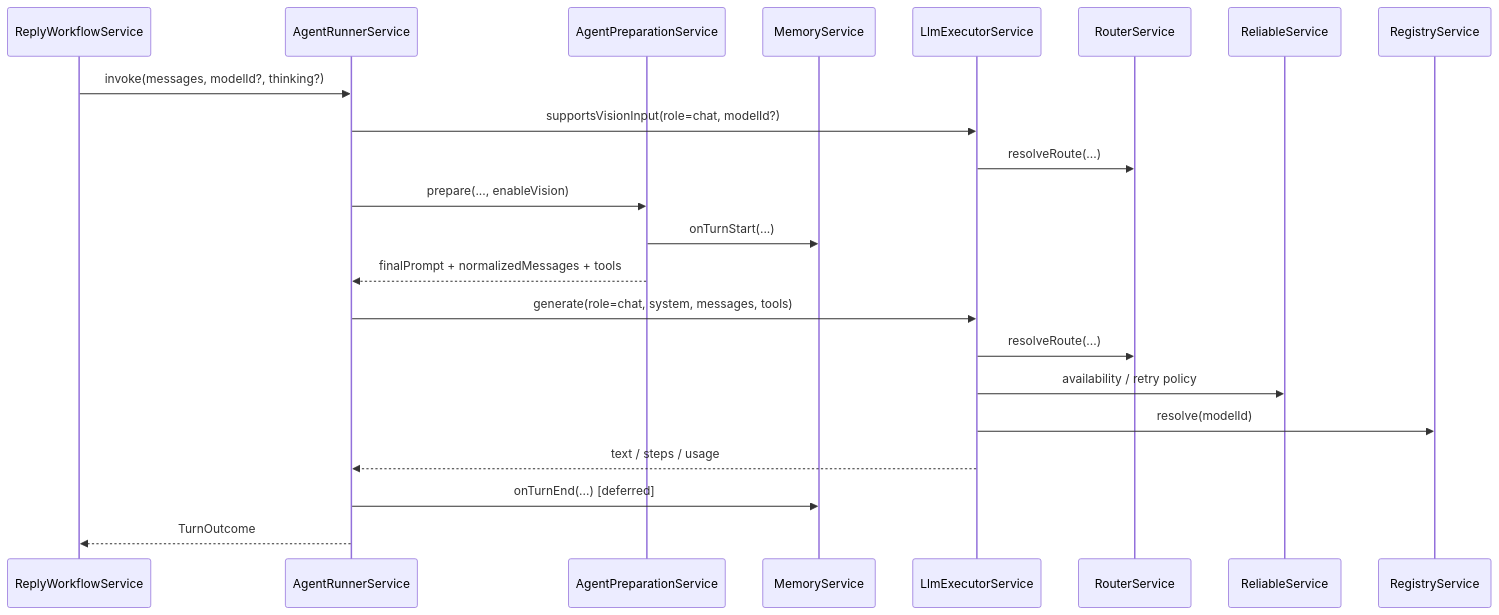
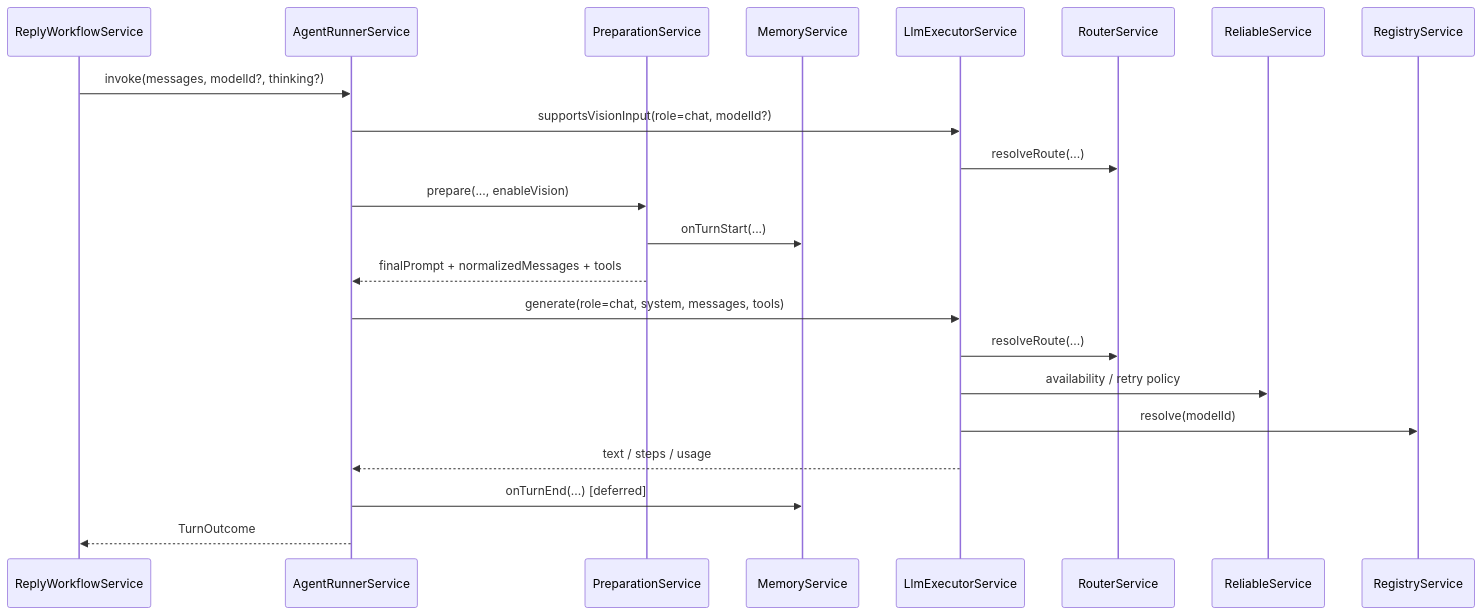
One commit to huajune/cake-agent-runtime changed the third of 3 diagrams in docs/architecture/agent-runtime-architecture.md. Above: the diagram before and after it, drawn with Mermaid. The commit also changed other lines of this file and 672 other files, not shown here.

````diff
--- a/docs/architecture/agent-runtime-architecture.md
+++ b/docs/architecture/agent-runtime-architecture.md
@@ -255,25 +255,25 @@
 ```mermaid
 sequenceDiagram
     participant Channel as ReplyWorkflowService
     participant Runner as AgentRunnerService
-    participant Prep as AgentPreparationService
+    participant Prep as PreparationService
     participant Memory as MemoryService
     participant LLM as LlmExecutorService
     participant Router as RouterService
     participant Reliable as ReliableService
     participant Registry as RegistryService
 
     Channel->>Runner: invoke(messages, modelId?, thinking?)
     Runner->>LLM: supportsVisionInput(role=chat, modelId?)
     LLM->>Router: resolveRoute(...)
     Runner->>Prep: prepare(..., enableVision)
     Prep->>Memory: onTurnStart(...)
     Prep-->>Runner: finalPrompt + normalizedMessages + tools
     Runner->>LLM: generate(role=chat, system, messages, tools)
     LLM->>Router: resolveRoute(...)
     LLM->>Reliable: availability / retry policy
     LLM->>Registry: resolve(modelId)
     LLM-->>Runner: text / steps / usage
     Runner->>Memory: onTurnEnd(...) [deferred]
     Runner-->>Channel: TurnOutcome
 ```
````
